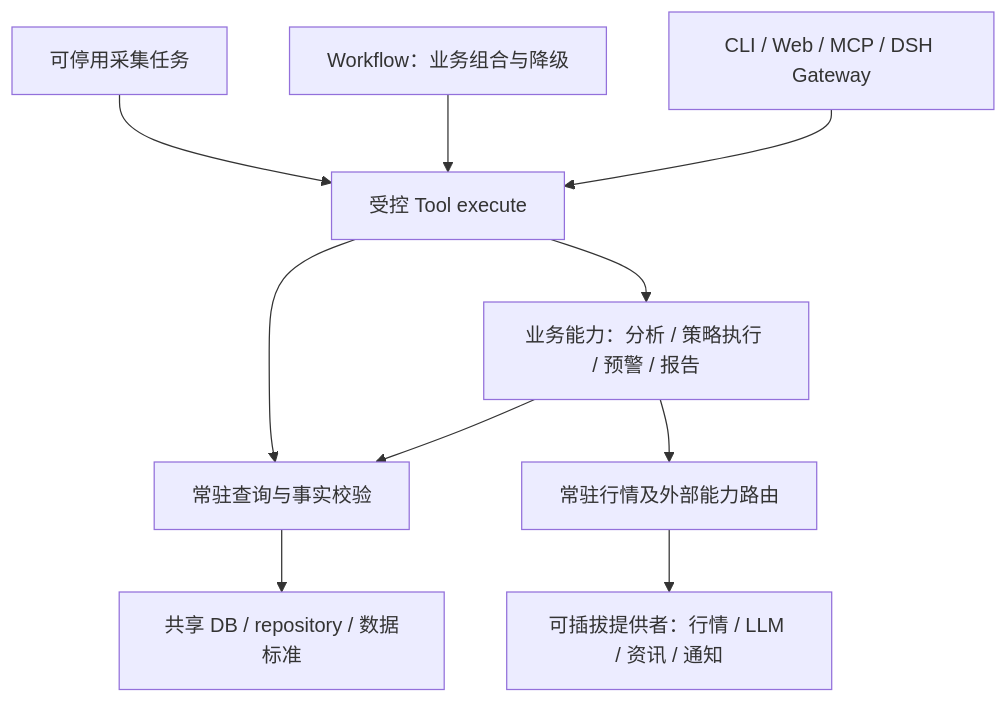
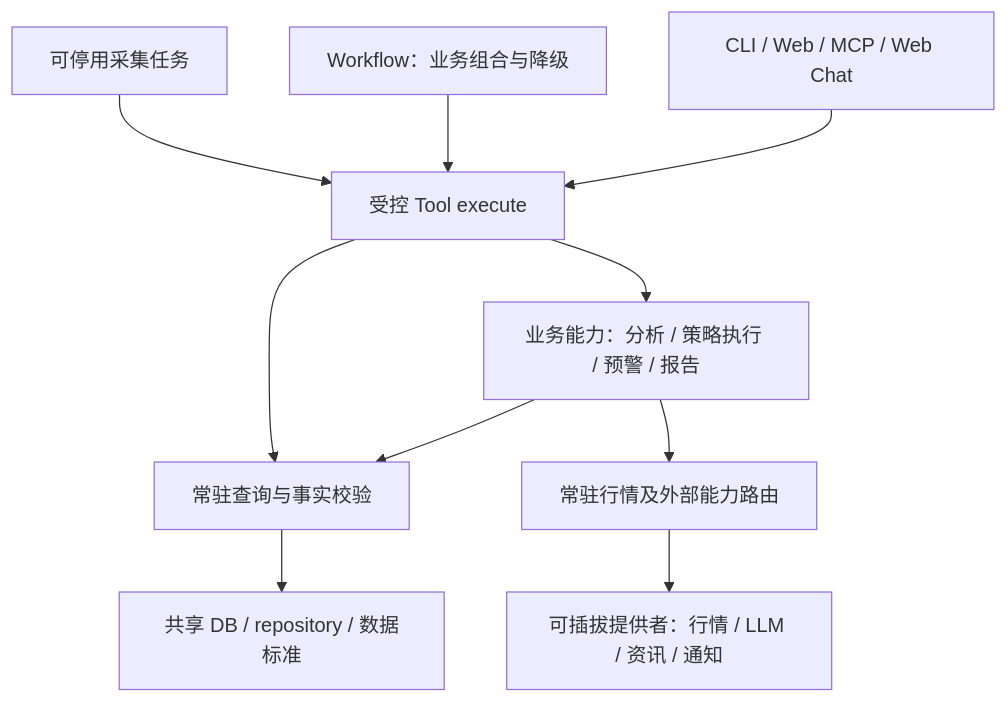
One commit to KowL/luoome changed the diagram in docs/ddd/layered-capability-plugin-detailed-design.md. Above: the diagram before and after it, drawn with Mermaid. The commit also changed other lines of this file and 110 other files, not shown here.

Commit message:
refactor(chat): 使用 AI SDK 替换 DSH 运行时

````diff
--- a/docs/ddd/layered-capability-plugin-detailed-design.md
+++ b/docs/ddd/layered-capability-plugin-detailed-design.md
@@ -42,12 +42,12 @@
 ```mermaid
 flowchart TD
-    S[CLI / Web / MCP / DSH Gateway] --> T[受控 Tool execute]
+    S[CLI / Web / MCP / Web Chat] --> T[受控 Tool execute]
     W[Workflow：业务组合与降级] --> T
     T --> B[业务能力：分析 / 策略执行 / 预警 / 报告]
     B --> Q[常驻查询与事实校验]
     B --> M[常驻行情及外部能力路由]
     J[可停用采集任务] --> T
     M --> P[可插拔提供者：行情 / LLM / 资讯 / 通知]
     Q --> D[共享 DB / repository / 数据标准]
     T --> Q
 ```
````
